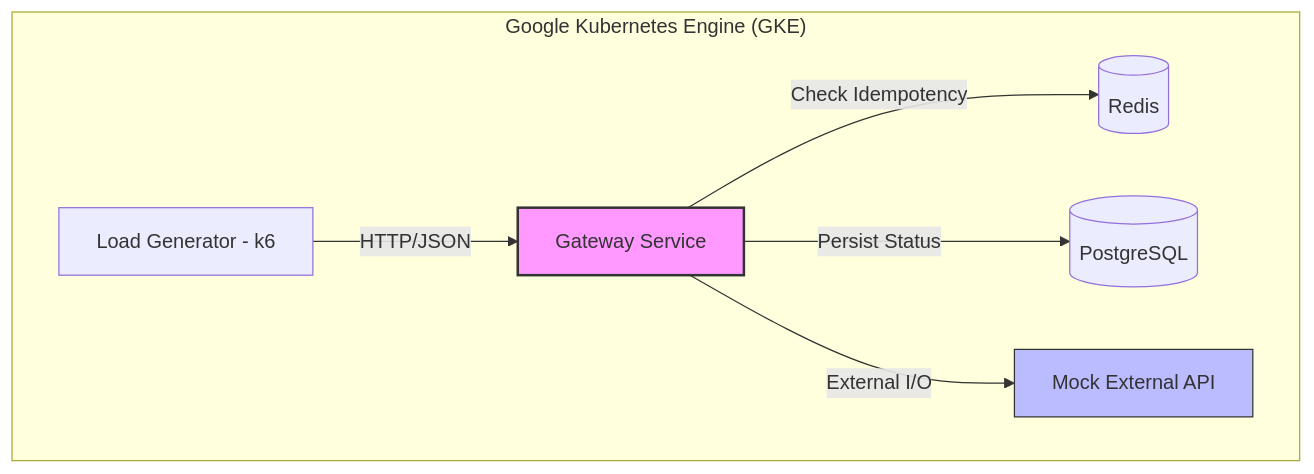
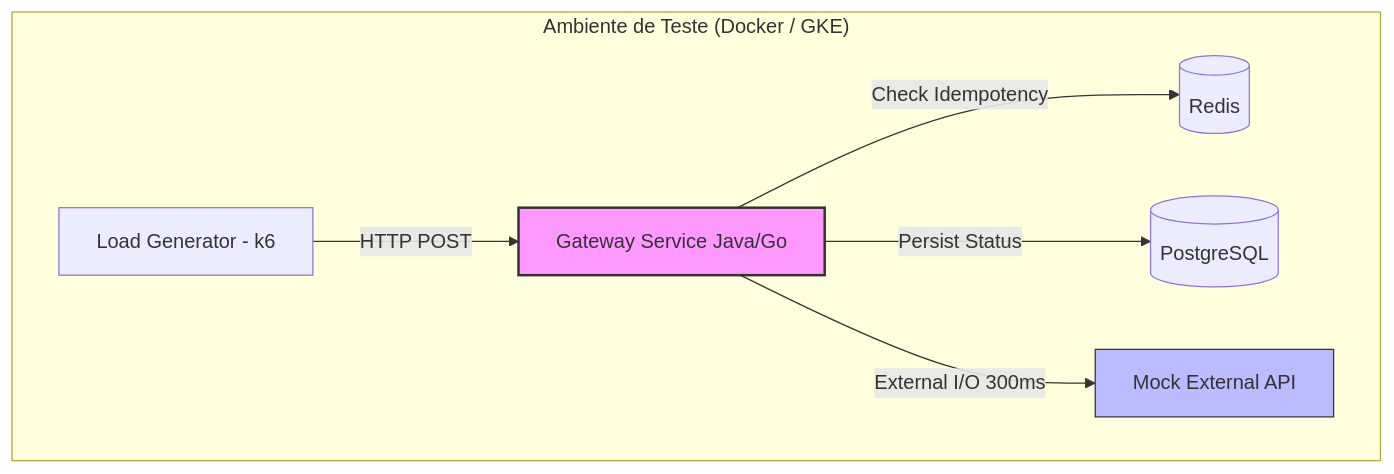
The first of 2 diagrams in README.md (felippesouza/tcc-performance-comparison), drawn with Mermaid before and after one commit. The commit also changed other lines of this file, not shown here.

Commit message:
📝 docs: completely rewrite README to reflect Java 25, Go 1.25, Clean Arch and K6 benchmarks

````diff
--- a/README.md
+++ b/README.md
@@ -11,12 +21,12 @@
 ```mermaid
 graph TD
-    subgraph "Google Kubernetes Engine (GKE)"
-        LG[Load Generator - k6] -->|HTTP/JSON| GW[Gateway Service]
+    subgraph "Ambiente de Teste (Docker / GKE)"
+        LG[Load Generator - k6] -->|HTTP POST| GW[Gateway Service Java/Go]
         GW -->|Check Idempotency| RD[(Redis)]
         GW -->|Persist Status| DB[(PostgreSQL)]
-        GW -->|External I/O| MK[Mock External API]
+        GW -->|External I/O 300ms| MK[Mock External API]
     end
     
     style GW fill:#f9f,stroke:#333,stroke-width:2px
     style MK fill:#bbf,stroke:#333,stroke-width:1px
 ```
````
